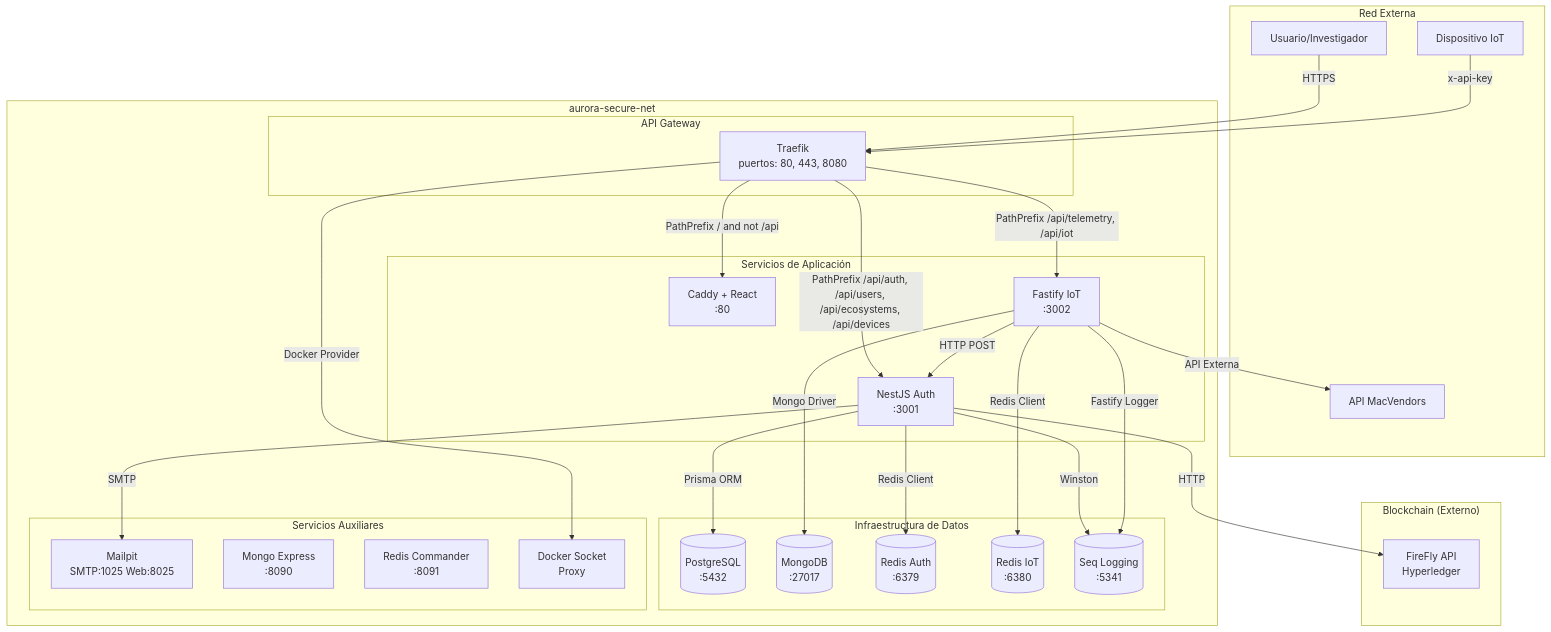
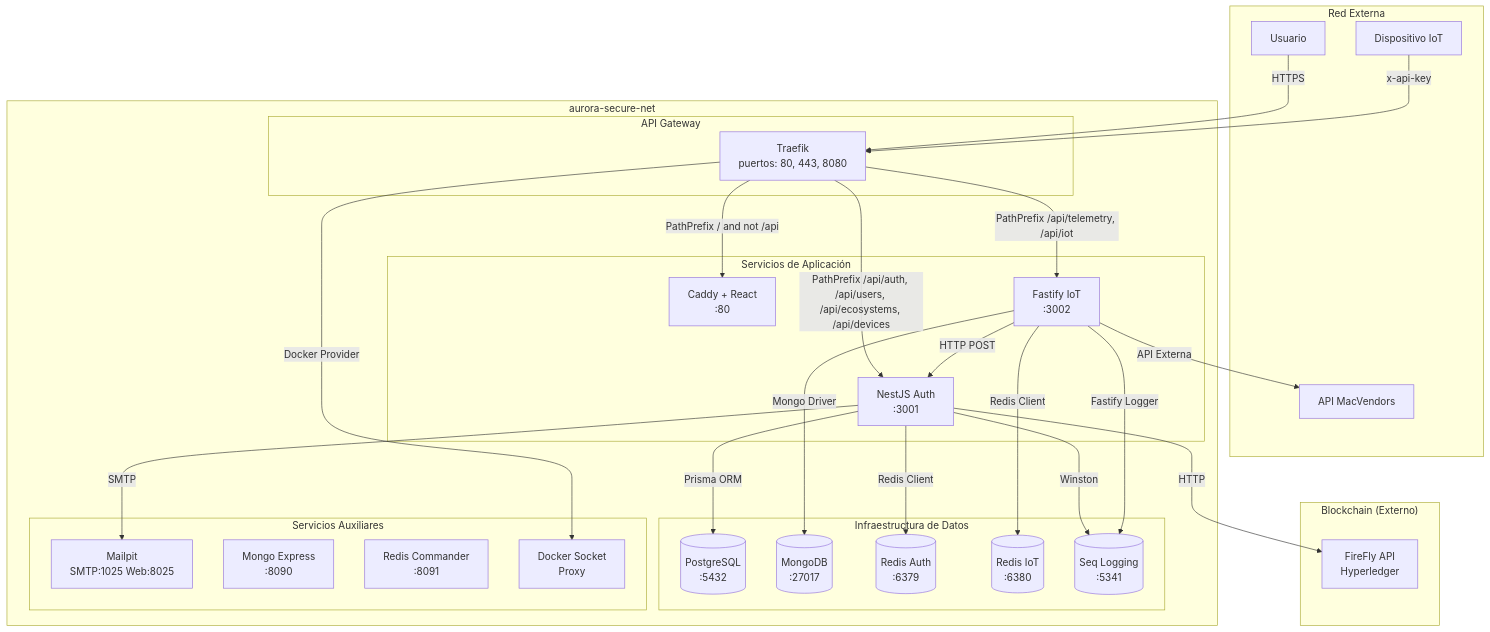
One commit to eromeroc97/TFG_AURORA_Blockchain changed the first of 3 diagrams in docs/ARCHITECTURE.md. Above: the diagram before and after it, drawn with Mermaid. The commit also changed other lines of this file, not shown here.

````diff
--- a/docs/ARCHITECTURE.md
+++ b/docs/ARCHITECTURE.md
@@ -17,60 +17,60 @@
 ```mermaid
 
 graph TB
     subgraph "Red Externa"
-        USUARIO[Usuario/Investigador]
+        USUARIO[Usuario]
         DISPOSITIVO_IoT[Dispositivo IoT]
         MAC_VENDOR_API[API MacVendors]
     end
 
     subgraph "aurora-secure-net"
         subgraph "API Gateway"
             TRAEFIK[Traefik<br/>puertos: 80, 443, 8080]
         end
 
         subgraph "Servicios de Aplicación"
             WEBAPP[Caddy + React<br/>:80]
             AUTH[NestJS Auth<br/>:3001]
             IOT[Fastify IoT<br/>:3002]
         end
 
         subgraph "Infraestructura de Datos"
             POSTGRES[(PostgreSQL<br/>:5432)]
             MONGO[(MongoDB<br/>:27017)]
             REDIS_AUTH[(Redis Auth<br/>:6379)]
             REDIS_IOT[(Redis IoT<br/>:6380)]
             SEQ[(Seq Logging<br/>:5341)]
         end
 
         subgraph "Servicios Auxiliares"
             MAILPIT[Mailpit<br/>SMTP:1025 Web:8025]
             MONGO_EXP[Mongo Express<br/>:8090]
             REDIS_CMD[Redis Commander<br/>:8091]
             DOCKER_PROXY[Docker Socket<br/>Proxy]
         end
     end
 
     subgraph "Blockchain (Externo)"
         FIREFLY[FireFly API<br/>Hyperledger]
     end
 
     USUARIO -->|HTTPS| TRAEFIK
     DISPOSITIVO_IoT -->|x-api-key| TRAEFIK
     TRAEFIK -->|PathPrefix /api/auth, /api/users, /api/ecosystems, /api/devices| AUTH
     TRAEFIK -->|PathPrefix /api/telemetry, /api/iot| IOT
     TRAEFIK -->|PathPrefix / and not /api| WEBAPP
 
     AUTH -->|Prisma ORM| POSTGRES
     AUTH -->|Redis Client| REDIS_AUTH
     AUTH -->|HTTP| FIREFLY
     AUTH -->|SMTP| MAILPIT
 
     IOT -->|Mongo Driver| MONGO
     IOT -->|Redis Client| REDIS_IOT
     IOT -->|HTTP POST| AUTH
     IOT -->|API Externa| MAC_VENDOR_API
 
     AUTH -->|Winston| SEQ
     IOT -->|Fastify Logger| SEQ
     TRAEFIK -->|Docker Provider| DOCKER_PROXY
 ```
````
